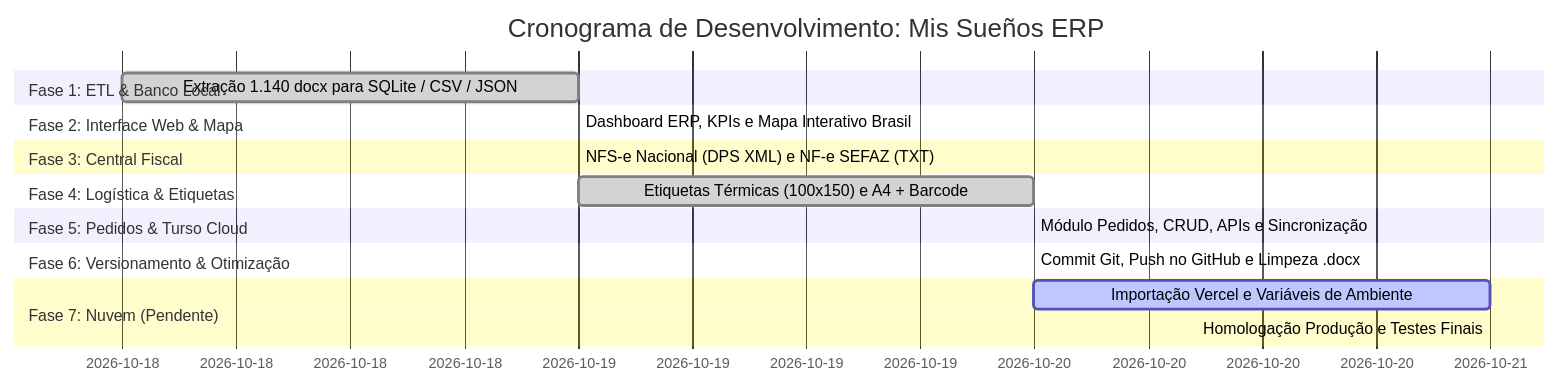
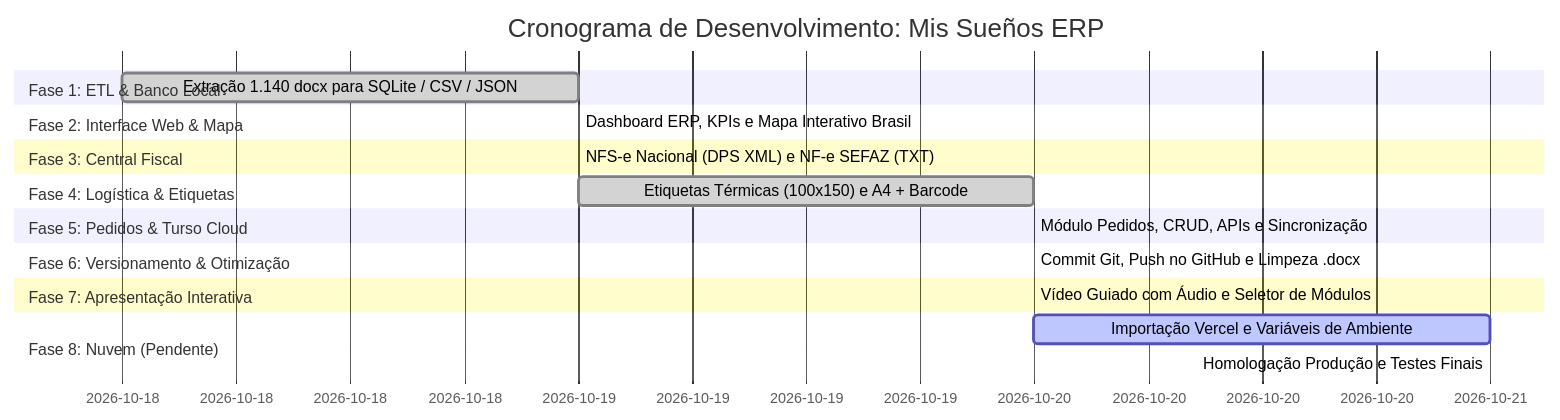
The diagram in CRONOGRAMA.md (gustavorosainformatica/MisSuenos), drawn with Mermaid before and after one commit. The commit also changed other lines of this file, not shown here.

Commit message:
docs: atualizar cronograma para 92% com apresentacao interativa concluida

````diff
--- a/CRONOGRAMA.md
+++ b/CRONOGRAMA.md
@@ -12,20 +12,22 @@
 ```mermaid
 gantt
     title Cronograma de Desenvolvimento: Mis Sueños ERP
     dateFormat  YYYY-MM-DD
     section Fase 1: ETL & Banco Local
     Extração 1.140 docx para SQLite / CSV / JSON   :done, 2026-10-18, 2026-10-19
     section Fase 2: Interface Web & Mapa
     Dashboard ERP, KPIs e Mapa Interativo Brasil   :done, 2026-10-19, 2026-10-19
     section Fase 3: Central Fiscal
     NFS-e Nacional (DPS XML) e NF-e SEFAZ (TXT)    :done, 2026-10-19, 2026-10-19
     section Fase 4: Logística & Etiquetas
     Etiquetas Térmicas (100x150) e A4 + Barcode    :done, 2026-10-19, 2026-10-20
     section Fase 5: Pedidos & Turso Cloud
     Módulo Pedidos, CRUD, APIs e Sincronização     :done, 2026-10-20, 2026-10-20
     section Fase 6: Versionamento & Otimização
     Commit Git, Push no GitHub e Limpeza .docx     :done, 2026-10-20, 2026-10-20
-    section Fase 7: Nuvem (Pendente)
+    section Fase 7: Apresentação Interativa
+    Vídeo Guiado com Áudio e Seletor de Módulos    :done, 2026-10-20, 2026-10-20
+    section Fase 8: Nuvem (Pendente)
     Importação Vercel e Variáveis de Ambiente      :active, 2026-10-20, 2026-10-21
     Homologação Produção e Testes Finais           :2026-10-21, 2026-10-21
 ```
````
